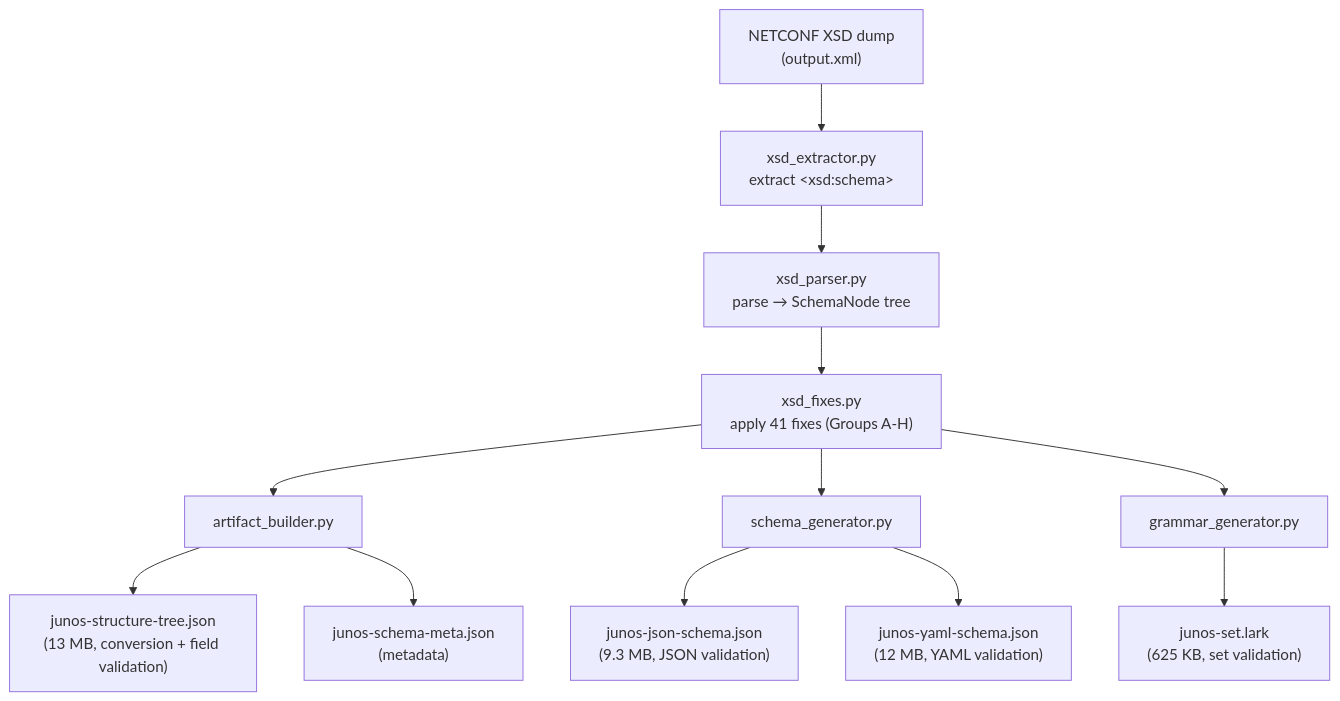
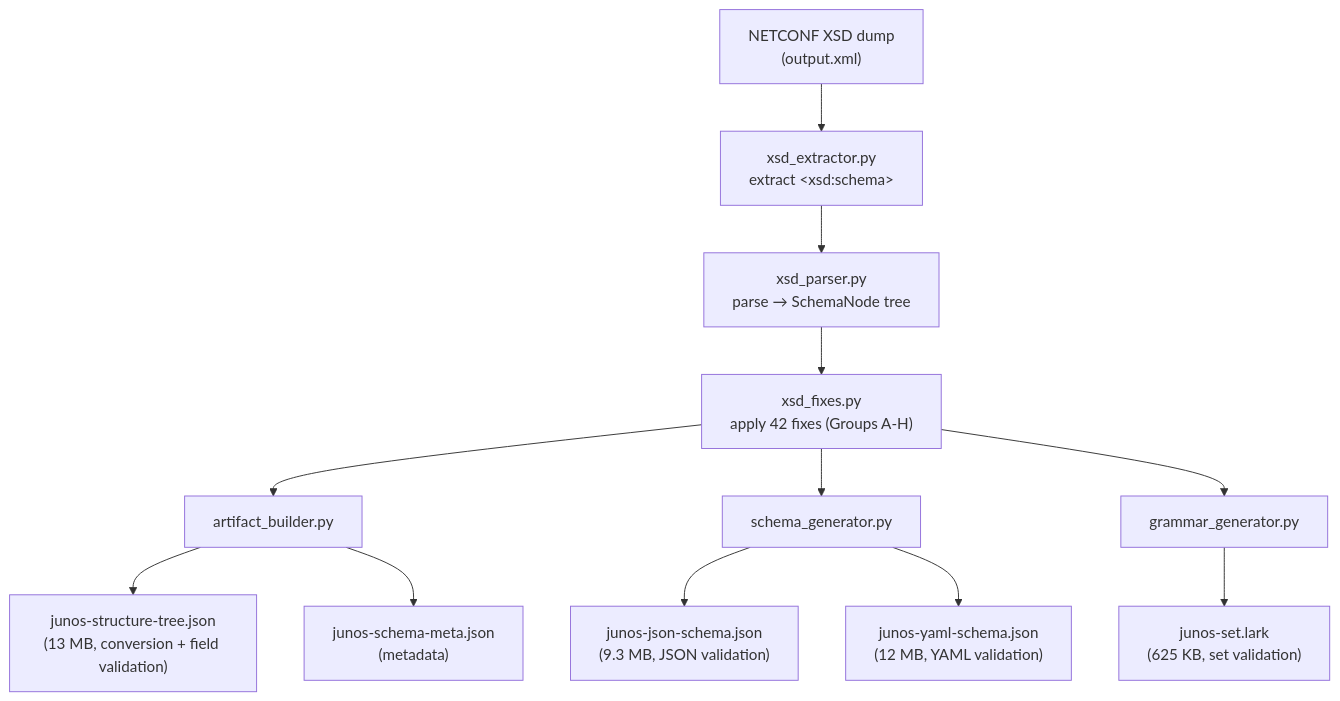
The fifth of 8 diagrams in docs/architecture/developer-guide.md (dg-i/junoscfg), drawn with Mermaid before and after one commit. The commit also changed other lines of this file and 20 other files, not shown here.

````diff
--- a/docs/architecture/developer-guide.md
+++ b/docs/architecture/developer-guide.md
@@ -389,15 +389,15 @@
 ```mermaid
 flowchart TD
     XSD["NETCONF XSD dump\n(output.xml)"] --> EXT["xsd_extractor.py\nextract &lt;xsd:schema&gt;"]
     EXT --> PARSE["xsd_parser.py\nparse → SchemaNode tree"]
-    PARSE --> FIX["xsd_fixes.py\napply 41 fixes (Groups A-H)"]
+    PARSE --> FIX["xsd_fixes.py\napply 42 fixes (Groups A-H)"]
     FIX --> BUILD["artifact_builder.py"]
     FIX --> SGEN["schema_generator.py"]
     FIX --> GGEN["grammar_generator.py"]
 
     BUILD --> TREE["junos-structure-tree.json\n(13 MB, conversion + field validation)"]
     SGEN --> JSCHEMA["junos-json-schema.json\n(9.3 MB, JSON validation)"]
     SGEN --> YSCHEMA["junos-yaml-schema.json\n(12 MB, YAML validation)"]
     GGEN --> LARK["junos-set.lark\n(625 KB, set validation)"]
     BUILD --> META["junos-schema-meta.json\n(metadata)"]
 ```
````
